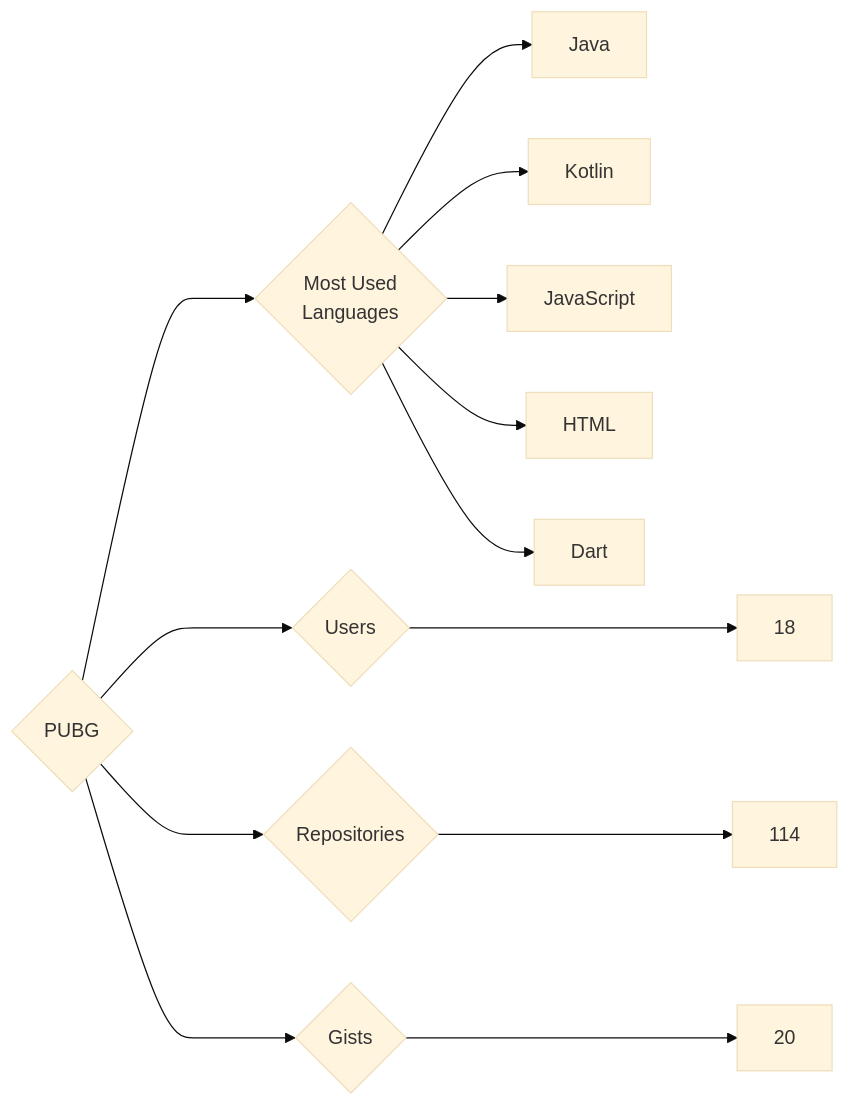
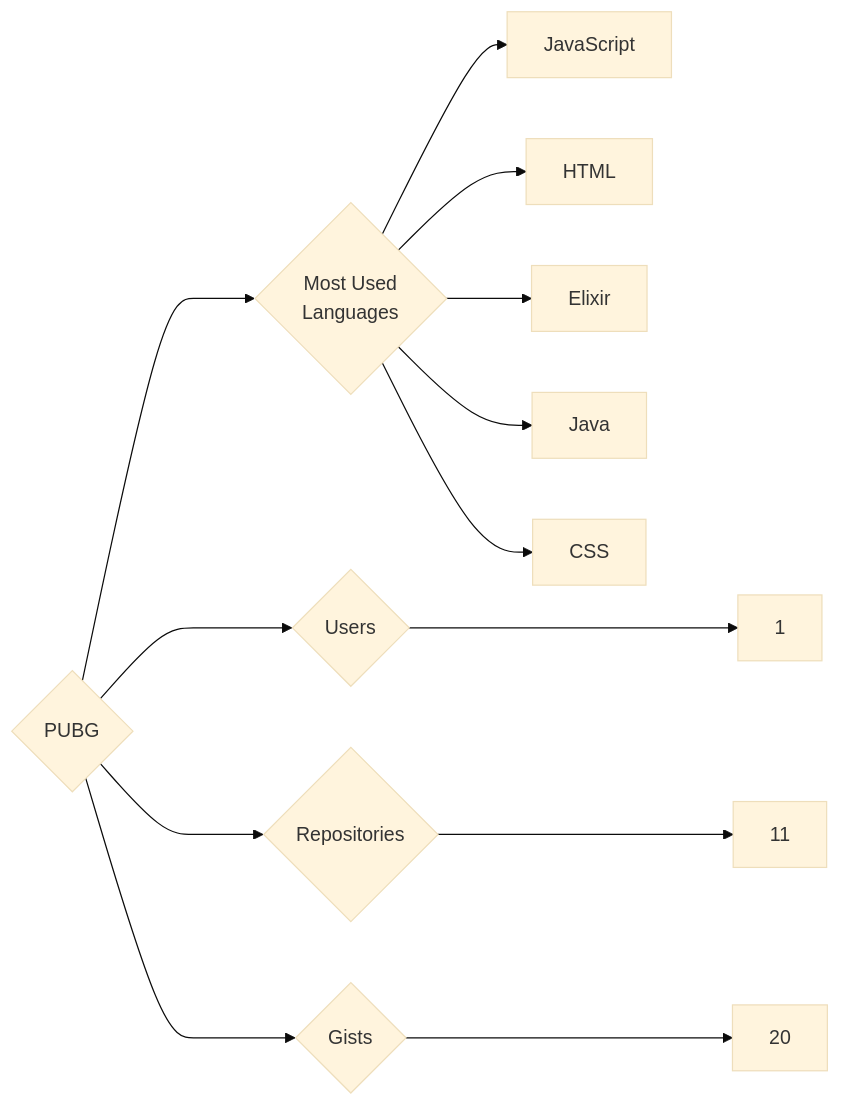
One commit to trickest/insiders changed the diagram in targets/PUBG/README.md. Above: the diagram before and after it, drawn with Mermaid (base theme). The commit also changed 829 other files, not shown here.

````diff
--- a/targets/PUBG/README.md
+++ b/targets/PUBG/README.md
@@ -3,13 +3,13 @@
 ```mermaid
 graph LR
 COMPANY_NAME{PUBG}
-COMPANY_NAME ---> U{Users} ---> UN[18]
-COMPANY_NAME ---> R{Repositories} ---> RN[114]
+COMPANY_NAME ---> U{Users} ---> UN[1]
+COMPANY_NAME ---> R{Repositories} ---> RN[11]
 COMPANY_NAME ---> G{Gists} ---> GN[20]
 COMPANY_NAME ---> ML{Most Used<br>Languages}
-ML --> Java[Java]
-ML --> Kotlin[Kotlin]
 ML --> JavaScript[JavaScript]
 ML --> HTML[HTML]
-ML --> Dart[Dart]
+ML --> Elixir[Elixir]
+ML --> Java[Java]
+ML --> CSS[CSS]
 ```
````
